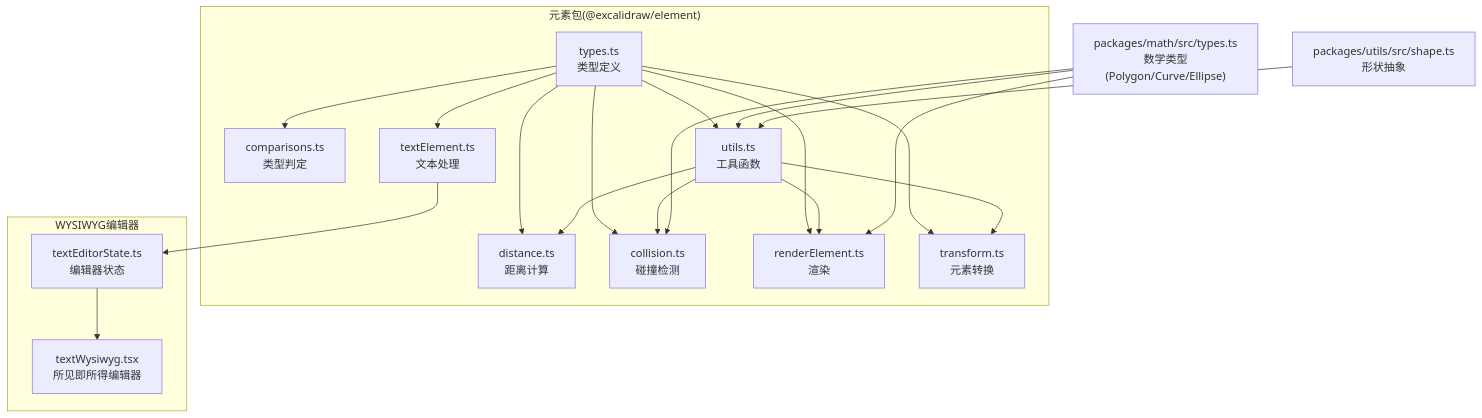
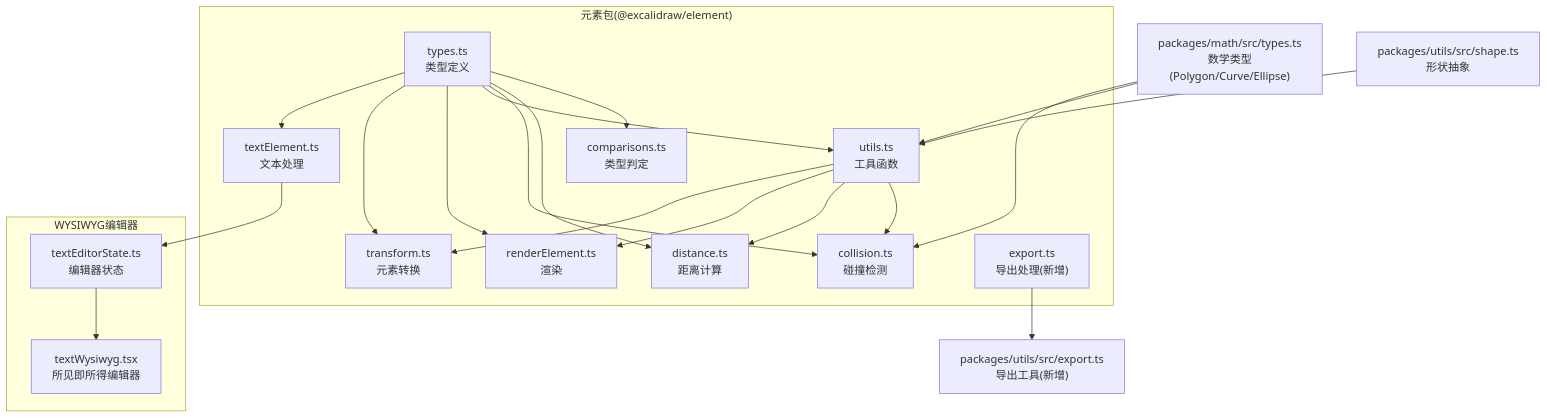
One commit to Az-qianchen/Excalidraw changed the first of 14 diagrams in .qoder/repowiki/zh/content/API 参考/元素 API.md. Above: the diagram before and after it, drawn with Mermaid. The commit also changed other lines of this file and 61 other files, not shown here.

````diff
--- a/.qoder/repowiki/zh/content/API 参考/元素 API.md
+++ b/.qoder/repowiki/zh/content/API 参考/元素 API.md
@@ -61,36 +68,38 @@
 ```mermaid
 graph TB
 subgraph "元素包(@excalidraw/element)"
 T["types.ts<br/>类型定义"]
 C["comparisons.ts<br/>类型判定"]
 D["distance.ts<br/>距离计算"]
 L["collision.ts<br/>碰撞检测"]
 U["utils.ts<br/>工具函数"]
 R["renderElement.ts<br/>渲染"]
 TR["transform.ts<br/>元素转换"]
 TE["textElement.ts<br/>文本处理"]
+END["export.ts<br/>导出处理(新增)"]
 end
 subgraph "WYSIWYG编辑器"
 TES["textEditorState.ts<br/>编辑器状态"]
 TWT["textWysiwyg.tsx<br/>所见即所得编辑器"]
 end
 M["packages/math/src/types.ts<br/>数学类型(Polygon/Curve/Ellipse)"]
 S["packages/utils/src/shape.ts<br/>形状抽象"]
+UTILS["packages/utils/src/export.ts<br/>导出工具(新增)"]
 T --> C
 T --> D
 T --> L
 T --> U
 T --> R
 T --> TR
 T --> TE
 U --> L
 U --> D
 U --> R
 U --> TR
 TE --> TES
 TES --> TWT
 M --> U
 M --> L
-M --> R
 S --> U
+END --> UTILS
 ```
````
